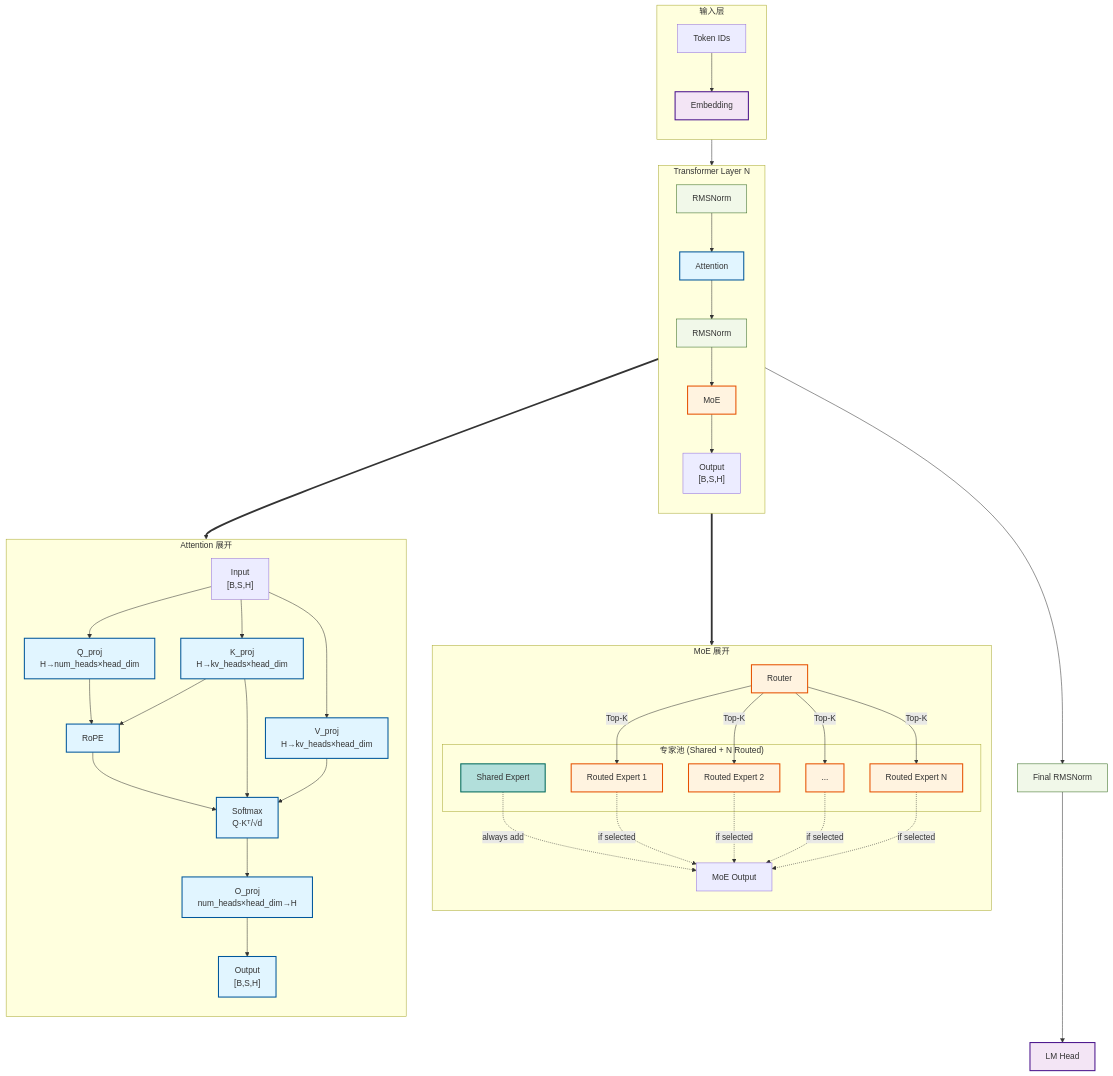
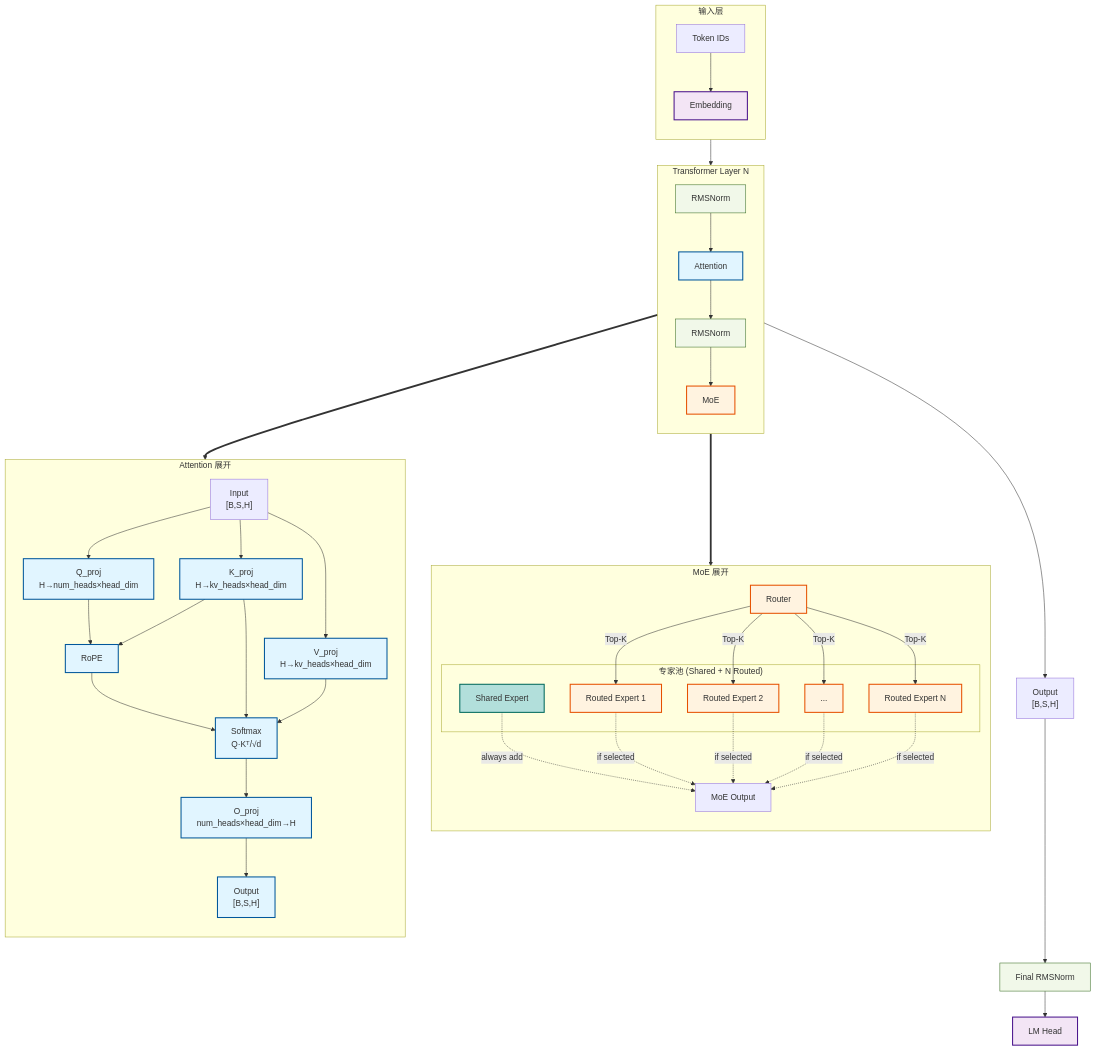
Before and after one commit to kevinoldching/agent-skills: the first of 2 diagrams in llm_arch_generator/SKILL.md, drawn with Mermaid.

Commit message:
fix(SKILL.md): move Layer_Out outside Transformer_Layer subgraph
- Layer_Out now defined as top-level node outside Transformer_Layer
- Add Transformer_Layer --> Layer_Out connection
- This ensures Layer_Out can be connected to final_norm correctly

```diff
--- a/llm_arch_generator/SKILL.md
+++ b/llm_arch_generator/SKILL.md
@@ -219,8 +219,10 @@
         ln1["RMSNorm"]:::norm --> attn_module["Attention"]:::attention
         attn_module --> ln2["RMSNorm"]:::norm
         ln2 --> moe_module["MoE"]:::moe
-        moe_module --> Layer_Out["Output<br/>[B,S,H]"]
     end
+
+    %% 层输出节点（必须放在子图外部才能被外部连接）
+    Layer_Out["Output<br/>[B,S,H]"]
 
     %% === MoE 展开（顶层子图） ===
     subgraph MoE_Detail ["MoE 展开"]
@@ -272,6 +274,7 @@
 
     %% === 全局连接 ===
     Input_Stage --> Transformer_Layer
+    Transformer_Layer --> Layer_Out
     Layer_Out --> final_norm
     final_norm --> Head
 
```
